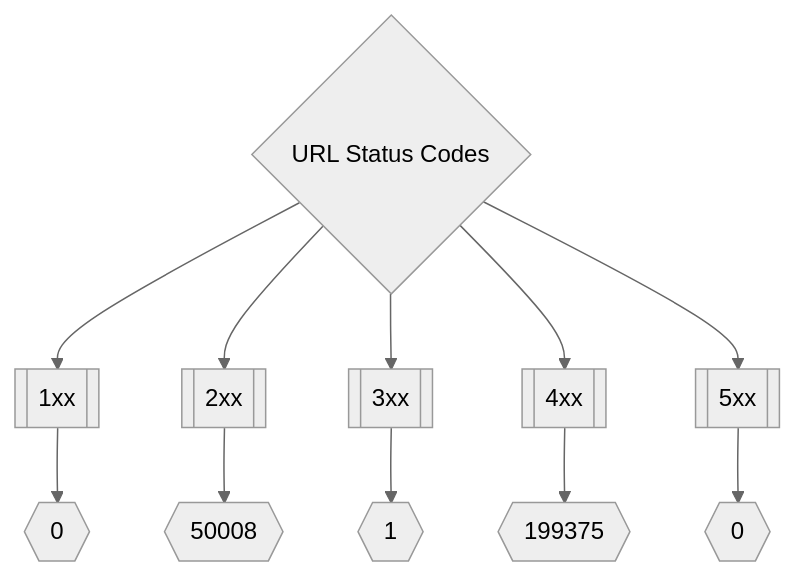
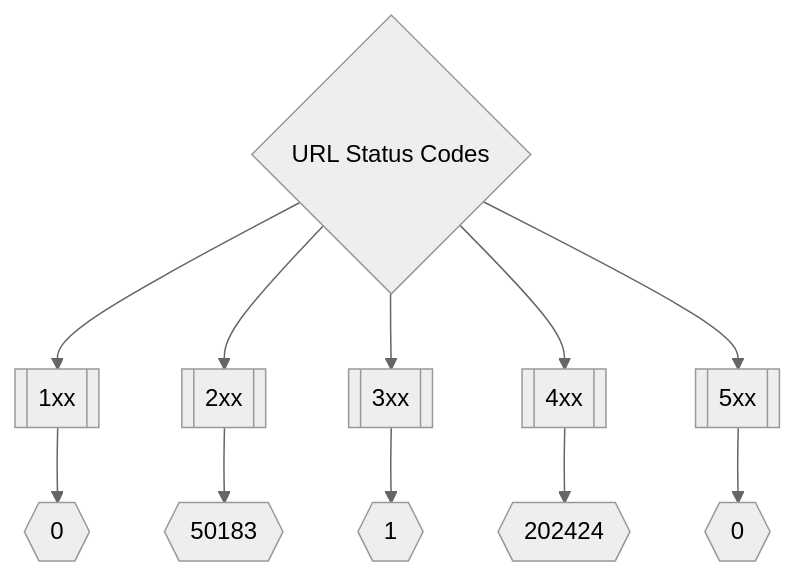
One commit to trickest/inventory changed the second of 3 diagrams in README.md. Above: the diagram before and after it, drawn with Mermaid (neutral theme). The commit also changed other lines of this file and 166 other files, not shown here.

````diff
--- a/README.md
+++ b/README.md
@@ -173,8 +173,8 @@
 ```mermaid
 graph TD
 title{URL Status Codes} --> 1xx[[1xx]] --> status1xxNum{{0}}
-title --> 2xx[[2xx]] --> status2xxNum{{50008}}
+title --> 2xx[[2xx]] --> status2xxNum{{50183}}
 title --> 3xx[[3xx]] --> status3xxNum{{1}}
-title --> 4xx[[4xx]] --> status4xxNum{{199375}}
+title --> 4xx[[4xx]] --> status4xxNum{{202424}}
 title --> 5xx[[5xx]] --> status5xxNum{{0}}
 ```
````
